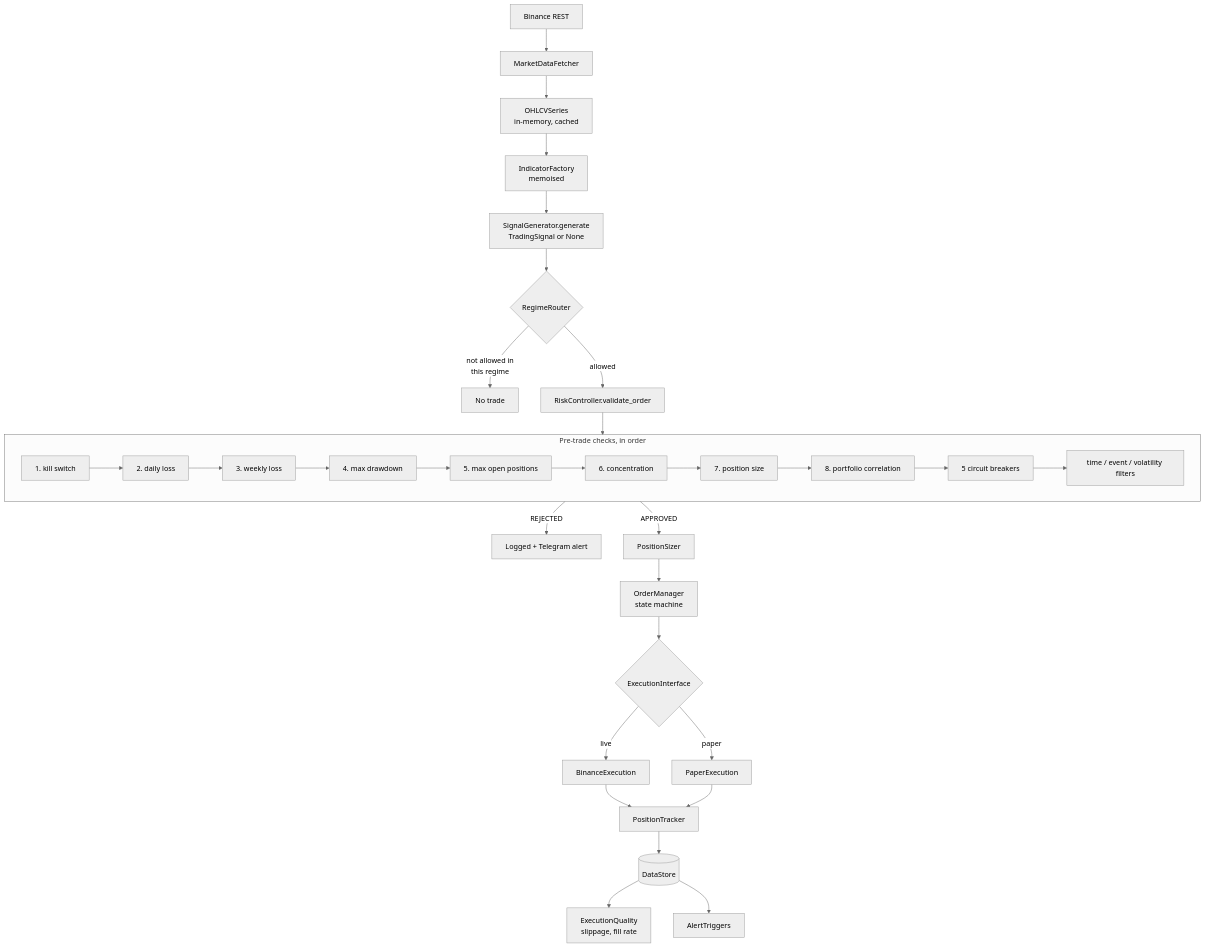
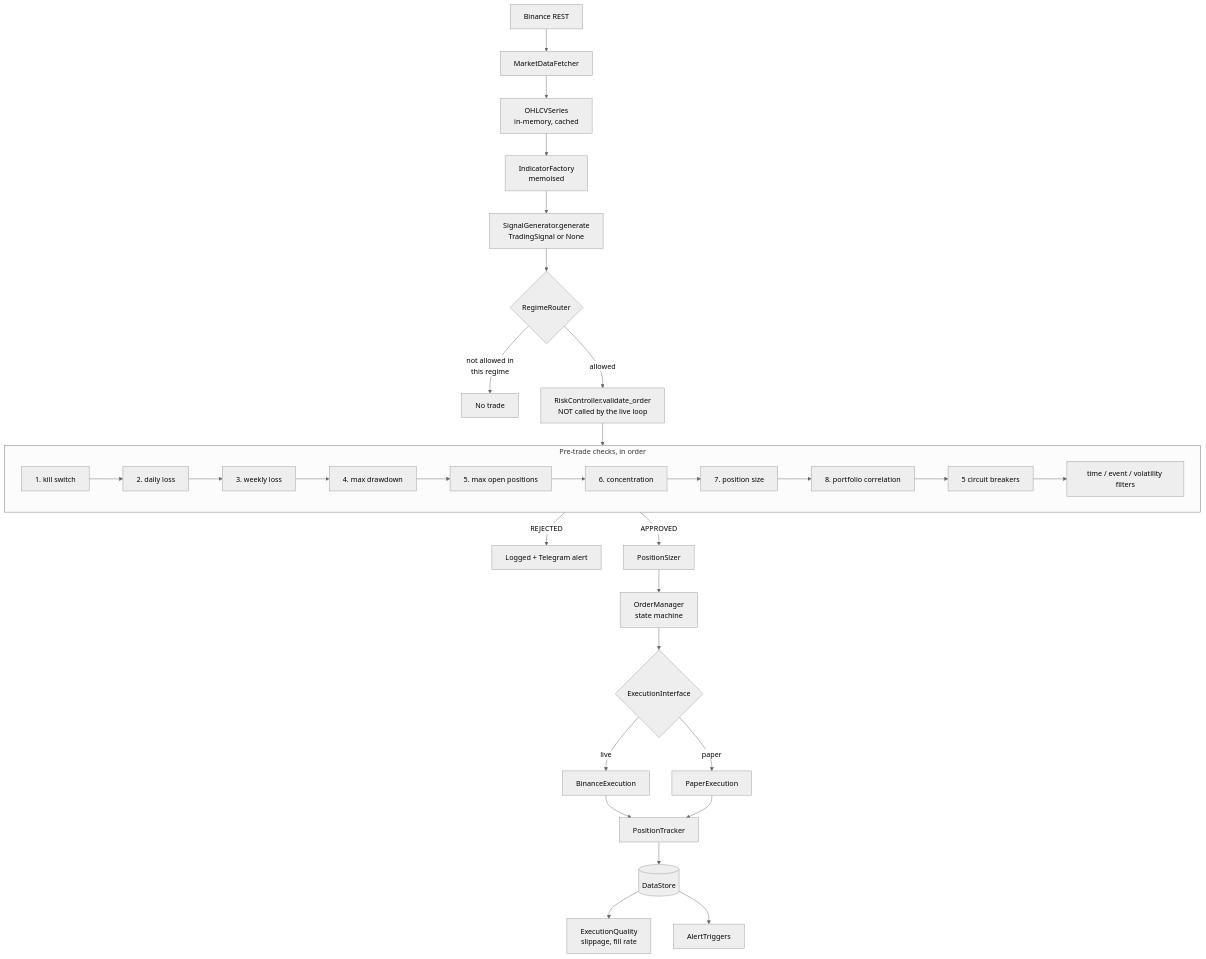
One commit to EvaMndima/Paravant_System changed the first of 2 diagrams in docs/ARCHITECTURE.md. Above: the diagram before and after it, drawn with Mermaid (neutral theme). The commit also changed other lines of this file and 2 other files, not shown here.

First line of the commit message:
docs: draw the risk path that runs, not the one that was designed

````diff
--- a/docs/ARCHITECTURE.md
+++ b/docs/ARCHITECTURE.md
@@ -58,35 +78,35 @@
 ```mermaid
 flowchart TD
     A[Binance REST] --> B[MarketDataFetcher]
     B --> C[OHLCVSeries<br/>in-memory, cached]
     C --> D[IndicatorFactory<br/>memoised]
     D --> E[SignalGenerator.generate<br/>TradingSignal or None]
     E --> F{RegimeRouter}
     F -->|not allowed in<br/>this regime| Z[No trade]
-    F -->|allowed| G[RiskController.validate_order]
+    F -->|allowed| G[RiskController.validate_order<br/>NOT called by the live loop]
 
     subgraph checks [Pre-trade checks, in order]
         G1[1. kill switch] --> G2[2. daily loss]
         G2 --> G3[3. weekly loss]
         G3 --> G4[4. max drawdown]
         G4 --> G5[5. max open positions]
         G5 --> G6[6. concentration]
         G6 --> G7[7. position size]
         G7 --> G8[8. portfolio correlation]
         G8 --> G9[5 circuit breakers]
         G9 --> G10[time / event / volatility filters]
     end
 
     G --> checks
     checks -->|REJECTED| Y[Logged + Telegram alert]
     checks -->|APPROVED| I[PositionSizer]
     I --> J[OrderManager<br/>state machine]
     J --> K{ExecutionInterface}
     K -->|live| L[BinanceExecution]
     K -->|paper| M[PaperExecution]
     L --> N[PositionTracker]
     M --> N
     N --> O[(DataStore)]
     O --> P[ExecutionQuality<br/>slippage, fill rate]
     O --> Q[AlertTriggers]
 ```
````
